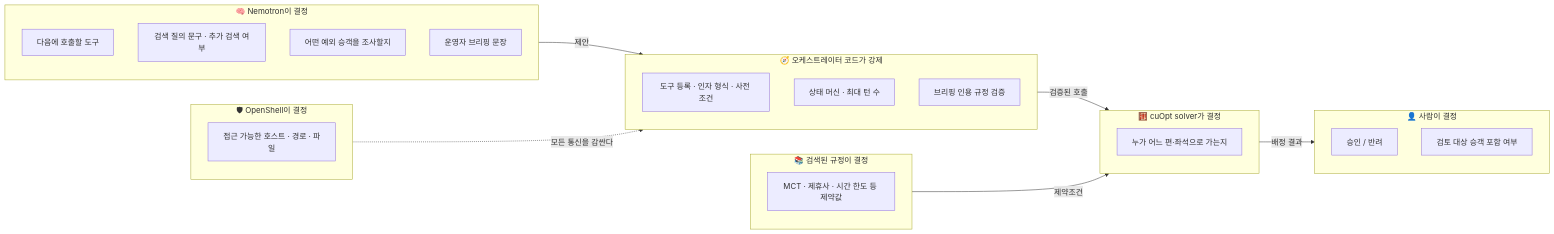
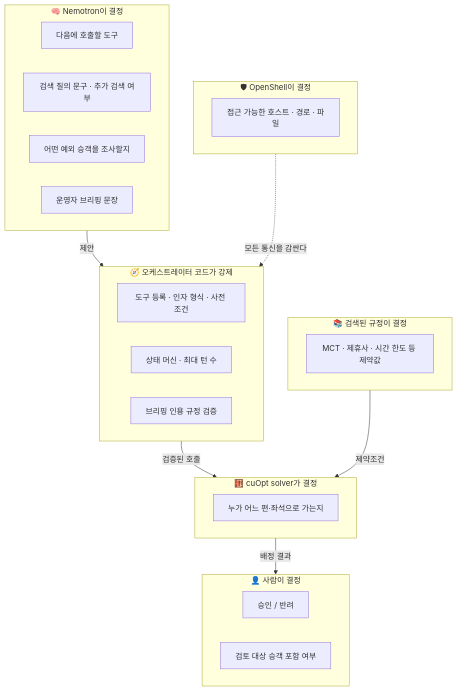
The fourth of 7 diagrams in docs/agent.md (hyunolike/reroute-irops-agent), drawn with Mermaid before and after one commit. The commit also changed 1 other file, not shown here.

Commit message:
docs(agent): lay out the decision-roles diagram vertically for readability
Claude-Session: https://claude.ai/code/session_01QqjnuMP6ZP5mCopEqB7P63

````diff
--- a/docs/agent.md
+++ b/docs/agent.md
@@ -138,33 +138,33 @@
 ```mermaid
-flowchart LR
+flowchart TB
     subgraph llm["🧠 Nemotron이 결정"]
         l1["다음에 호출할 도구"]
         l2["검색 질의 문구 · 추가 검색 여부"]
         l3["어떤 예외 승객을 조사할지"]
         l4["운영자 브리핑 문장"]
     end
     subgraph code["🧭 오케스트레이터 코드가 강제"]
         c1["도구 등록 · 인자 형식 · 사전 조건"]
         c2["상태 머신 · 최대 턴 수"]
         c3["브리핑 인용 규정 검증"]
     end
     subgraph solver["🧮 cuOpt solver가 결정"]
         s1["누가 어느 편·좌석으로 가는지"]
     end
     subgraph rag["📚 검색된 규정이 결정"]
         r1["MCT · 제휴사 · 시간 한도 등 제약값"]
     end
     subgraph human["👤 사람이 결정"]
         h1["승인 / 반려"]
         h2["검토 대상 승객 포함 여부"]
     end
     subgraph shell["🛡 OpenShell이 결정"]
         o1["접근 가능한 호스트 · 경로 · 파일"]
     end
 
     llm -->|"제안"| code
     code -->|"검증된 호출"| solver
     rag -->|"제약조건"| solver
     solver -->|"배정 결과"| human
     shell -.->|"모든 통신을 감싼다"| code
 ```
````
